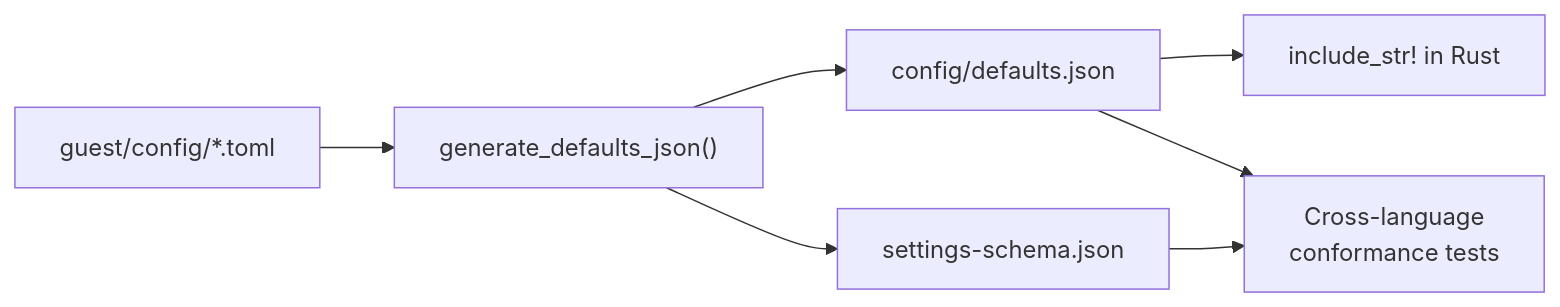
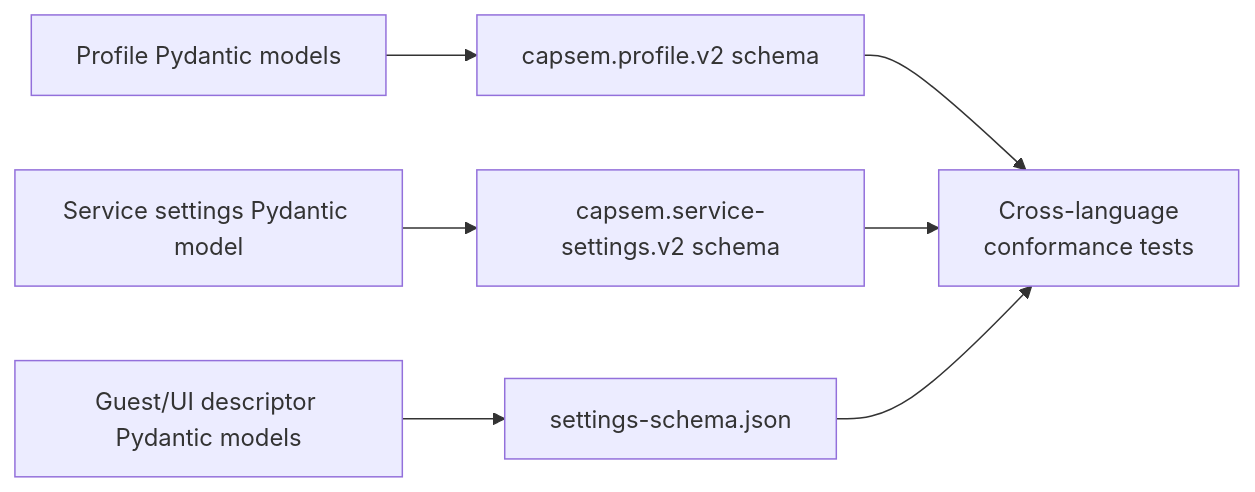
Before and after one commit to google/capsem: the fifth of 5 diagrams in docs/src/content/docs/architecture/build-system.md, drawn with Mermaid. The commit also changed other lines of this file and 11 other files, not shown here.

````diff
--- a/docs/src/content/docs/architecture/build-system.md
+++ b/docs/src/content/docs/architecture/build-system.md
@@ -364,9 +382,9 @@
 ```mermaid
 flowchart LR
-  TOML["guest/config/*.toml"] --> Py["generate_defaults_json()"]
-  Py --> DJ["config/defaults.json"]
-  DJ --> Rust["include_str! in Rust"]
-  Py --> Schema["settings-schema.json"]
-  Schema --> CV["Cross-language\nconformance tests"]
-  DJ --> CV
+  Profile["Profile Pydantic models"] --> PS["capsem.profile.v2 schema"]
+  Settings["Service settings Pydantic model"] --> SS["capsem.service-settings.v2 schema"]
+  Descriptor["Guest/UI descriptor Pydantic models"] --> DS["settings-schema.json"]
+  PS --> CV["Cross-language\nconformance tests"]
+  SS --> CV
+  DS --> CV
 ```
````
